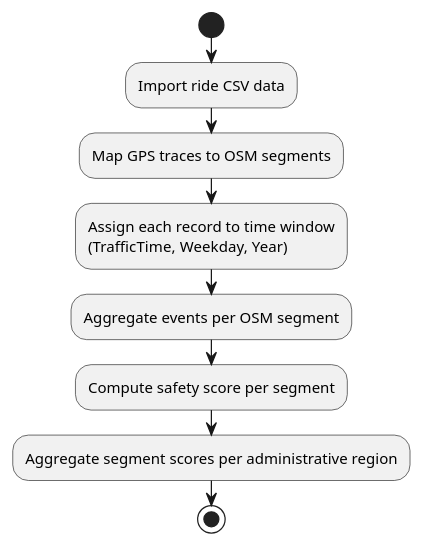
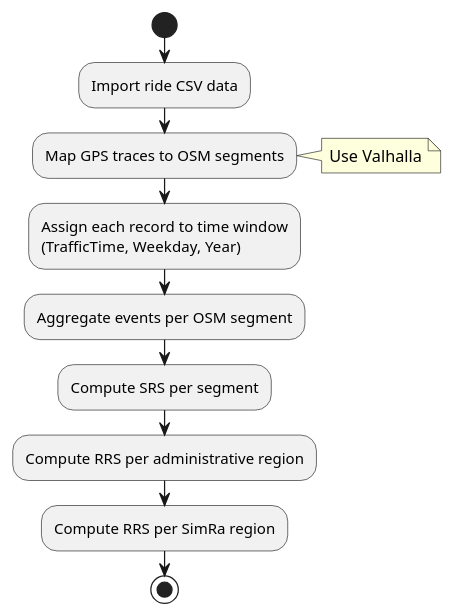
The diagram in documentation/uml/AnalyticsRides.puml (KonsumGandalf/simra), drawn with PlantUML before and after one commit. The commit also changed 14 other files, not shown here.

```diff
--- a/documentation/uml/AnalyticsRides.puml
+++ b/documentation/uml/AnalyticsRides.puml
@@ -1,15 +1,19 @@
 @startuml
 start
 
 :Import ride CSV data;
 :Map GPS traces to OSM segments;
-
+note right
+Use Valhalla
+end note
 :Assign each record to time window\n(TrafficTime, Weekday, Year);
 
 :Aggregate events per OSM segment;
-:Compute safety score per segment;
+:Compute SRS per segment;
 
-:Aggregate segment scores per administrative region;
+:Compute RRS per administrative region;
+
+:Compute RRS per SimRa region;
 
 stop
 @enduml
```
